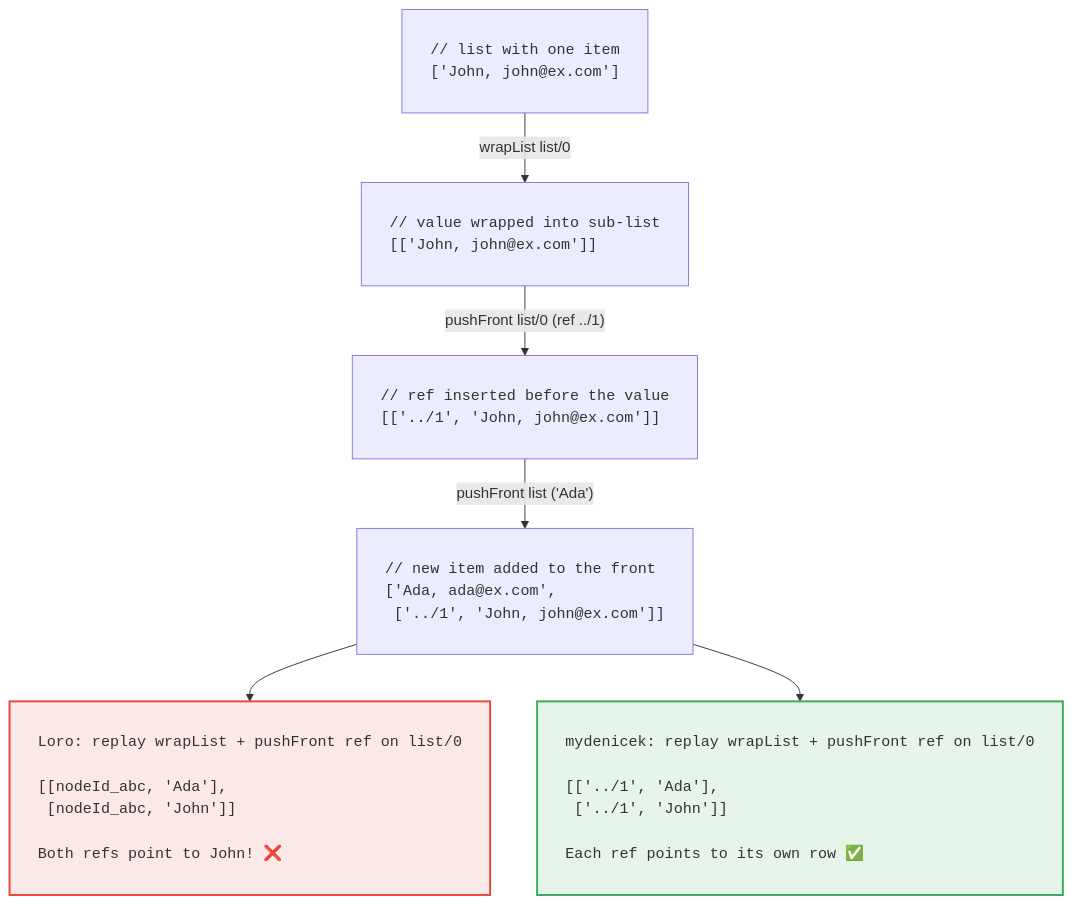
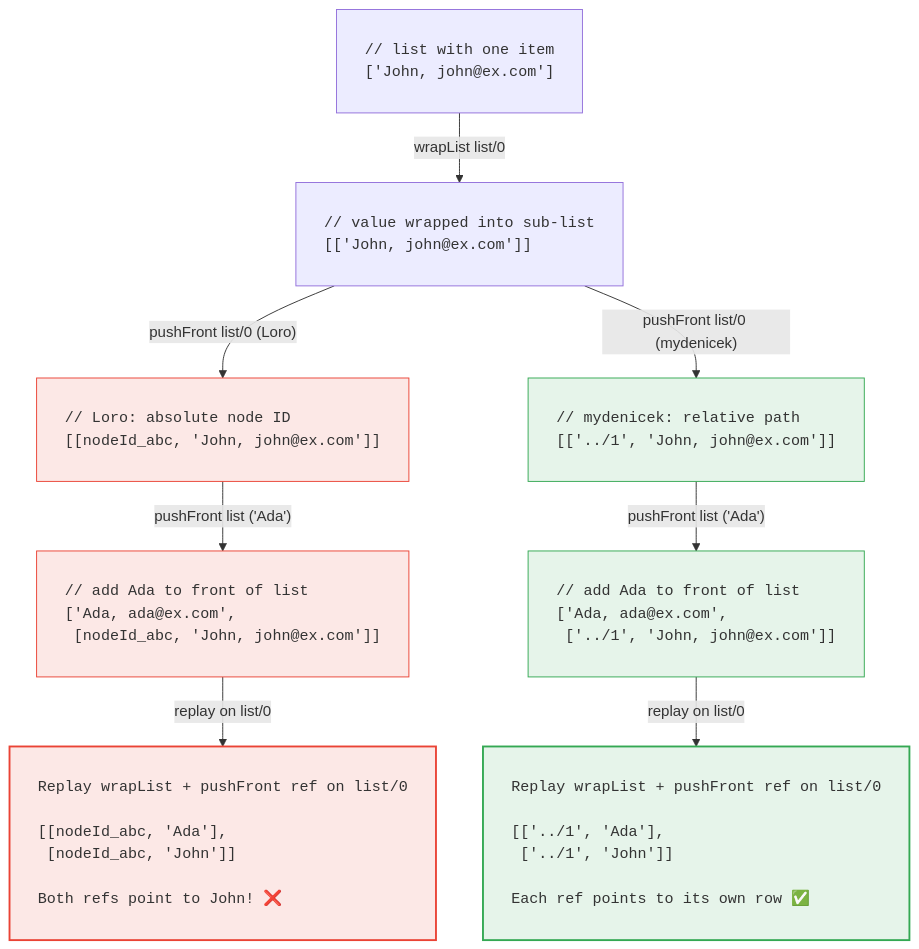
The diagram in img/retargeting.mmd (krsion/master-thesis), drawn with Mermaid before and after one commit. The commit also changed 1 other file, not shown here.

Commit message:
Retargeting diagram: diverge at pushFront step (Loro vs mydenicek)
Loro inserts nodeId_abc, mydenicek inserts '../1'. Two parallel
tracks through Ada insertion to final replay comparison.

```diff
--- a/img/retargeting.mmd
+++ b/img/retargeting.mmd
@@ -1,50 +1,69 @@
 %%{init: {'themeVariables': {'fontFamily': 'monospace'}}}%%
 graph TB
     S1["<pre style='text-align:left'>
 // list with one item
 ['John, john@ex.com']
 </pre>"]
 
     S2["<pre style='text-align:left'>
 // value wrapped into sub-list
 [['John, john@ex.com']]
 </pre>"]
 
-    S3["<pre style='text-align:left'>
-// ref inserted before the value
+    S1 -- "wrapList list/0" --> S2
+
+    LORO1["<pre style='text-align:left'>
+// Loro: absolute node ID
+[[nodeId_abc, 'John, john@ex.com']]
+</pre>"]
+
+    CUSTOM1["<pre style='text-align:left'>
+// mydenicek: relative path
 [['../1', 'John, john@ex.com']]
 </pre>"]
 
-    S4["<pre style='text-align:left'>
-// new item added to the front
+    S2 -- "pushFront list/0 (Loro)" --> LORO1
+    S2 -- "pushFront list/0 (mydenicek)" --> CUSTOM1
+
+    LORO2["<pre style='text-align:left'>
+// add Ada to front of list
+['Ada, ada@ex.com',
+ [nodeId_abc, 'John, john@ex.com']]
+</pre>"]
+
+    CUSTOM2["<pre style='text-align:left'>
+// add Ada to front of list
 ['Ada, ada@ex.com',
  ['../1', 'John, john@ex.com']]
 </pre>"]
 
-    S1 -- "wrapList list/0" --> S2
-    S2 -- "pushFront list/0 (ref ../1)" --> S3
-    S3 -- "pushFront list ('Ada')" --> S4
+    LORO1 -- "pushFront list ('Ada')" --> LORO2
+    CUSTOM1 -- "pushFront list ('Ada')" --> CUSTOM2
 
     RL["<pre style='text-align:left'>
-Loro: replay wrapList + pushFront ref on list/0
+Replay wrapList + pushFront ref on list/0
 
 [[nodeId_abc, 'Ada'],
  [nodeId_abc, 'John']]
 
 Both refs point to John! ❌
 </pre>"]
 
     RC["<pre style='text-align:left'>
-mydenicek: replay wrapList + pushFront ref on list/0
+Replay wrapList + pushFront ref on list/0
 
 [['../1', 'Ada'],
  ['../1', 'John']]
 
 Each ref points to its own row ✅
 </pre>"]
 
-    S4 --> RL
-    S4 --> RC
+    LORO2 -- "replay on list/0" --> RL
+    CUSTOM2 -- "replay on list/0" --> RC
 
     style RL fill:#fce8e6,stroke:#ea4335,stroke-width:2px
     style RC fill:#e6f4ea,stroke:#34a853,stroke-width:2px
+    style LORO1 fill:#fce8e6,stroke:#ea4335,stroke-width:1px
+    style CUSTOM1 fill:#e6f4ea,stroke:#34a853,stroke-width:1px
+    style LORO2 fill:#fce8e6,stroke:#ea4335,stroke-width:1px
+    style CUSTOM2 fill:#e6f4ea,stroke:#34a853,stroke-width:1px
```
